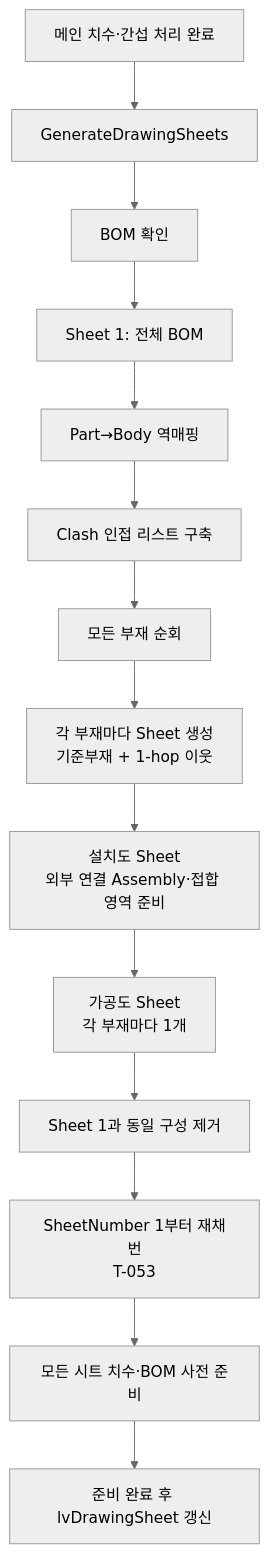
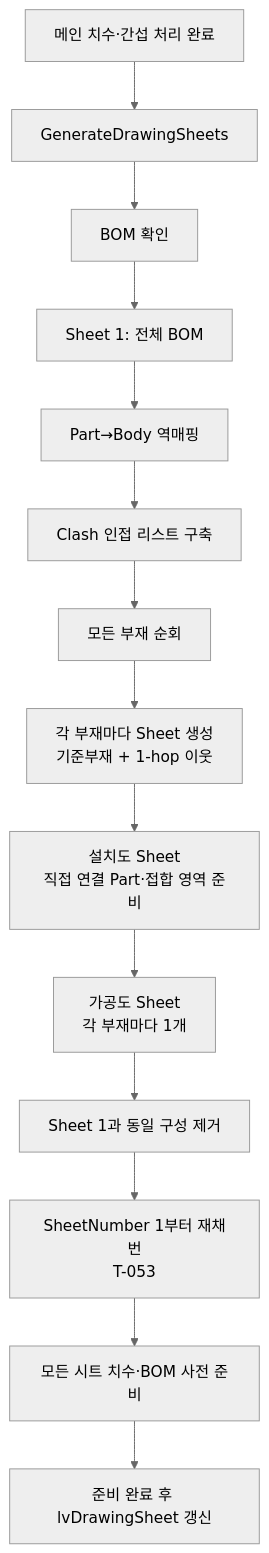
Before and after one commit to uuuuj/a2z: the diagram in docs/기능/도면시트/시트 자동 생성.md, drawn with Mermaid (neutral theme). The commit also changed other lines of this file and 10 other files, not shown here.

````diff
--- a/docs/기능/도면시트/시트 자동 생성.md
+++ b/docs/기능/도면시트/시트 자동 생성.md
@@ -29,16 +29,16 @@
 ```mermaid
 flowchart TD
     A[메인 치수·간섭 처리 완료] --> B[GenerateDrawingSheets]
     B --> C[BOM 확인]
     C --> D[Sheet 1: 전체 BOM]
     D --> E[Part→Body 역매핑]
     E --> F[Clash 인접 리스트 구축]
     F --> G[모든 부재 순회]
     G --> H[각 부재마다 Sheet 생성<br/>기준부재 + 1-hop 이웃]
-    H --> I[설치도 Sheet<br/>외부 연결 Assembly·접합 영역 준비]
+    H --> I[설치도 Sheet<br/>직접 연결 Part·접합 영역 준비]
     I --> J[가공도 Sheet<br/>각 부재마다 1개]
     J --> K[Sheet 1과 동일 구성 제거]
     K --> K2[SheetNumber 1부터 재채번<br/>T-053]
     K2 --> K3[모든 시트 치수·BOM 사전 준비]
     K3 --> L[준비 완료 후 lvDrawingSheet 갱신]
 ```
````
